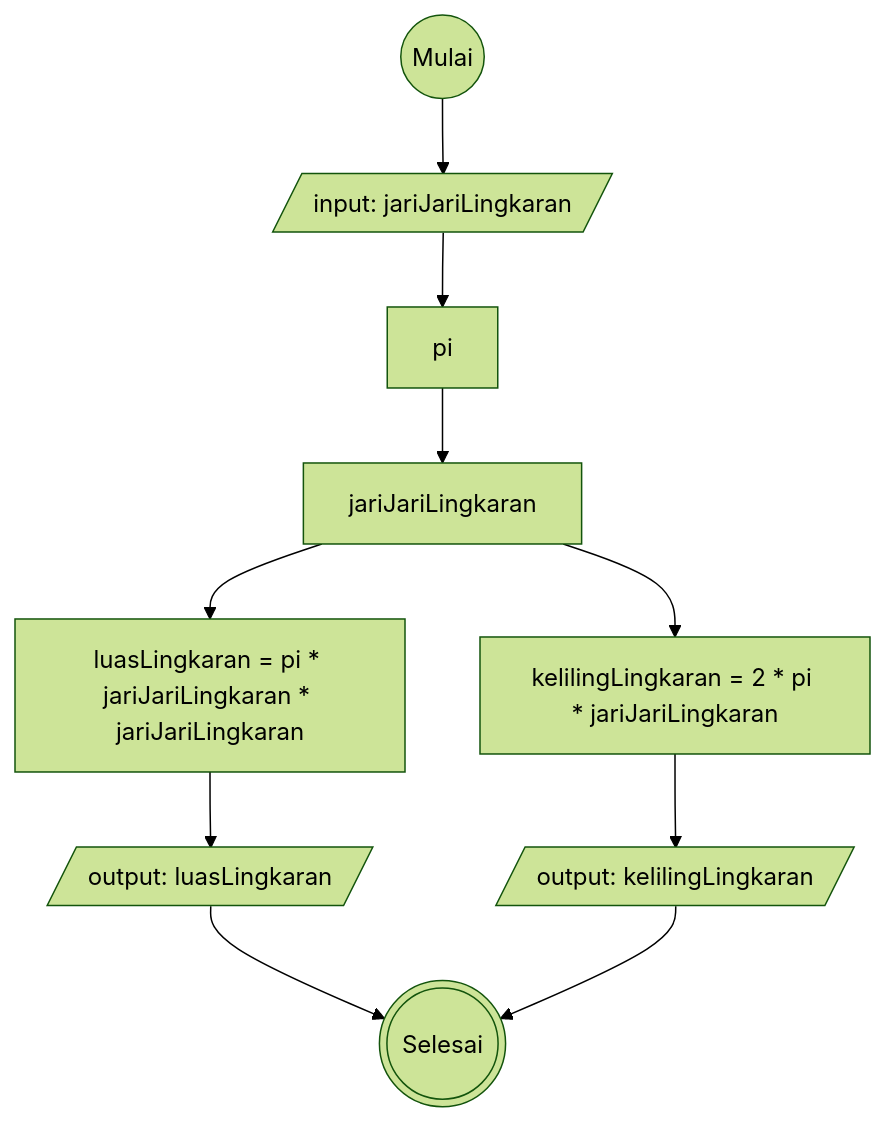
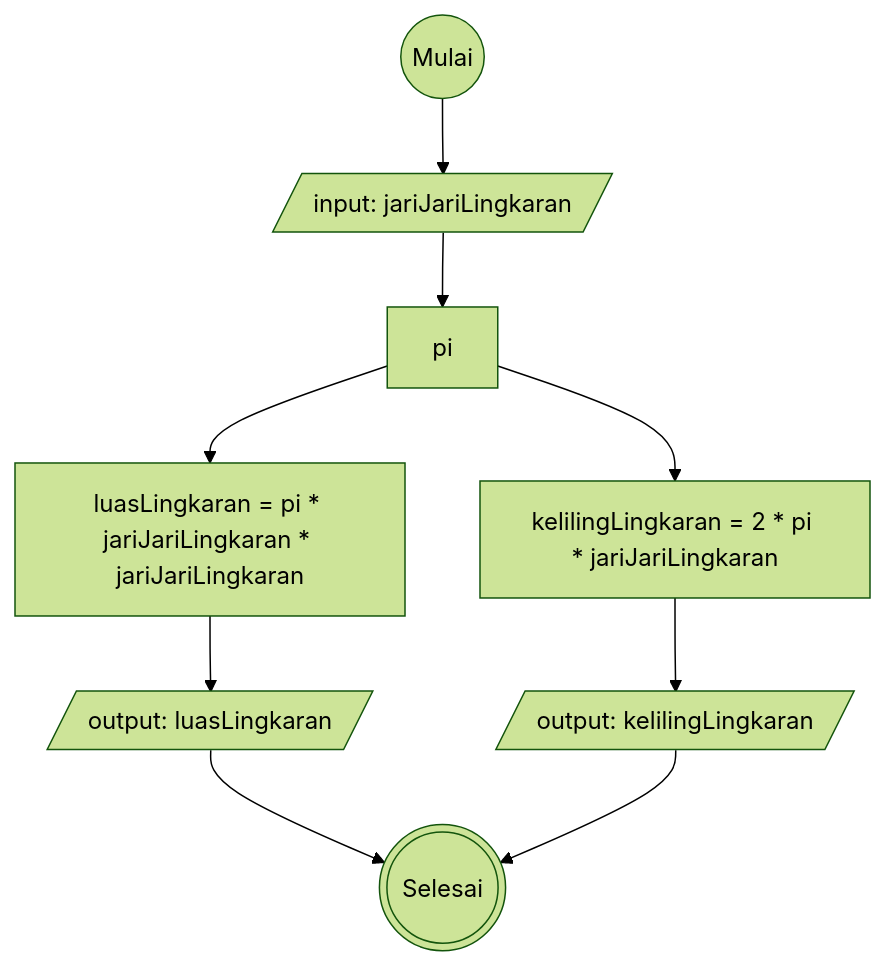
One commit to Arif14377/koda-b6-javascript1 changed the diagram in README.md. Above: the diagram before and after it, drawn with Mermaid (forest theme).

````diff
--- a/README.md
+++ b/README.md
@@ -5,21 +5,20 @@
 ```mermaid
 flowchart TD
 start@{shape: circle, label: "Mulai"}
 input-r@{shape: lean-r, label: "input: jariJariLingkaran"}
 pi@{shape: rect, label: "pi"}
 hitungLuas@{shape: rect, label: "luasLingkaran = pi * jariJariLingkaran * jariJariLingkaran"}
 hitungKeliling@{shape: rect, label: "kelilingLingkaran = 2 * pi * jariJariLingkaran"}
 outputLuas@{shape: lean-r, label: "output: luasLingkaran"}
 outputKeliling@{shape: lean-r, label: "output: kelilingLingkaran"}
 stop@{shape: dbl-circ, label: "Selesai"}
 
 start --> input-r
 -->pi
--->jariJariLingkaran
 -->hitungLuas
-jariJariLingkaran-->hitungKeliling
+pi-->hitungKeliling
 hitungLuas-->outputLuas
 hitungKeliling-->outputKeliling
 outputLuas-->stop
 outputKeliling-->stop
 ```
````
